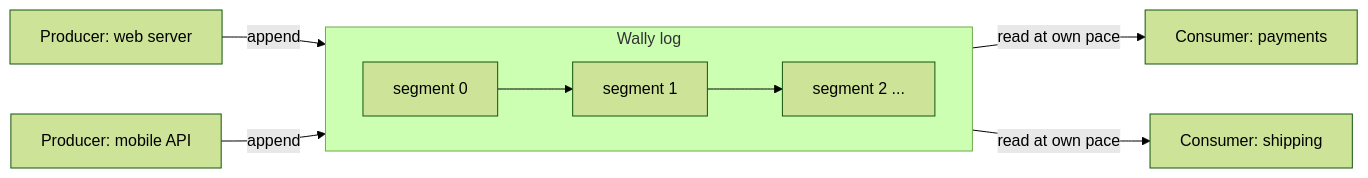
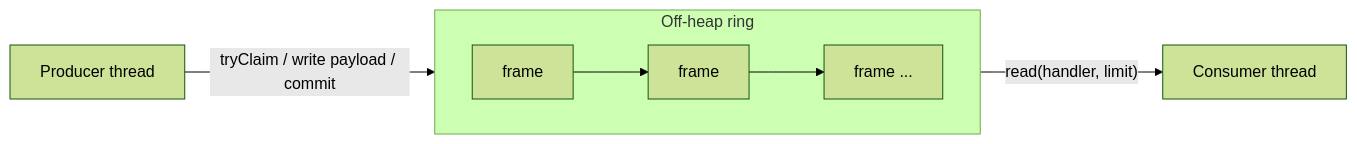
Before and after one commit to Kaushikdey647/wally: the diagram in docs/index.md, drawn with Mermaid (forest theme). The commit also changed other lines of this file and 22 other files, not shown here.

````diff
--- a/docs/index.md
+++ b/docs/index.md
@@ -40,11 +7,9 @@
 ```mermaid
 flowchart LR
-    P1[Producer: web server] -->|append| L
-    P2[Producer: mobile API] -->|append| L
-    subgraph L[Wally log]
+    P[Producer thread] -->|"tryClaim / write payload / commit"| R
+    subgraph R[Off-heap ring]
         direction LR
-        S1[segment 0] --> S2[segment 1] --> S3[segment 2 ...]
+        F1[frame] --> F2[frame] --> F3[frame ...]
     end
-    L -->|read at own pace| C1[Consumer: payments]
-    L -->|read at own pace| C2[Consumer: shipping]
+    R -->|"read(handler, limit)"| C[Consumer thread]
 ```
````
